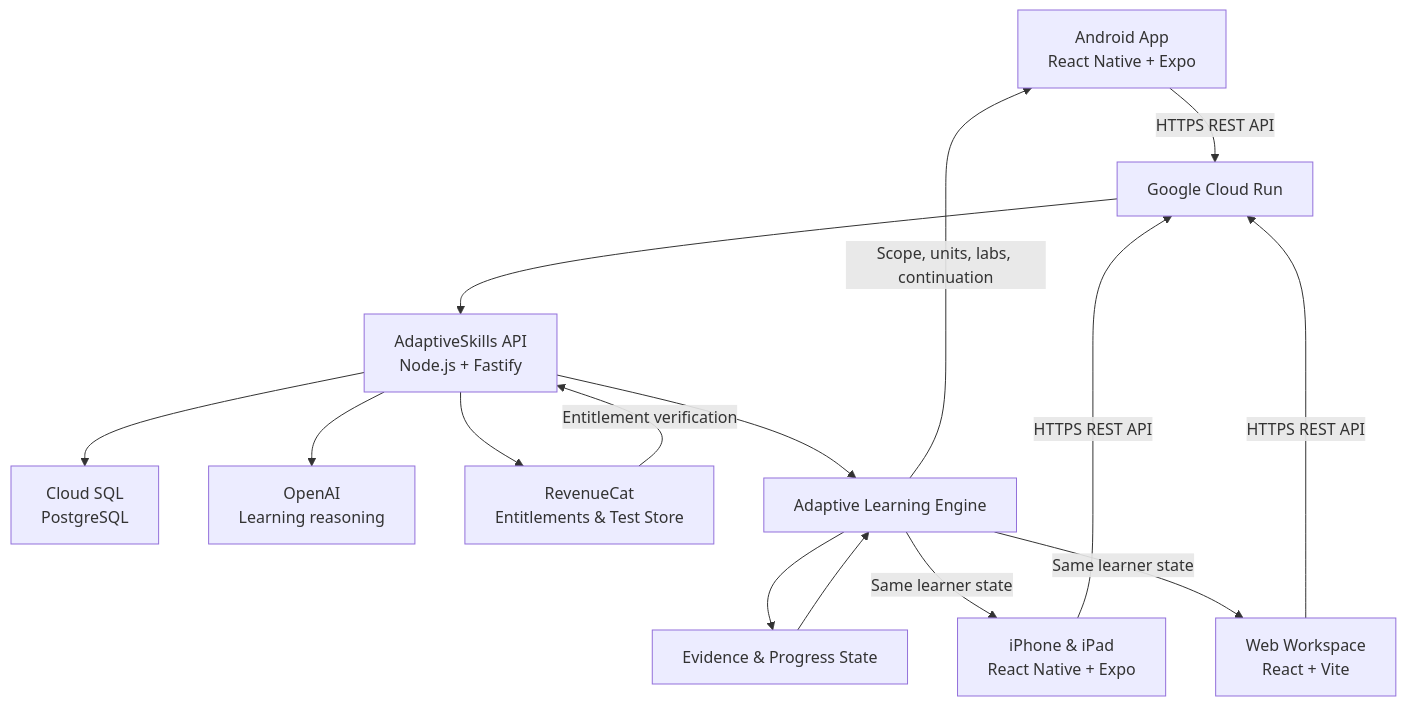
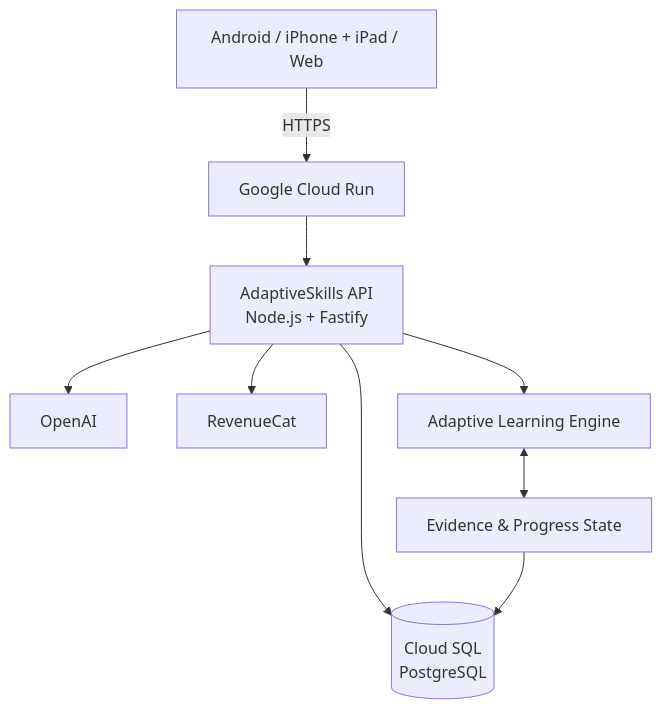
Before and after one commit to khushira2244/AdaptiveSkills: the diagram in README.md, drawn with Mermaid. The commit also changed other lines of this file and 29 other files, not shown here.

Commit message:
Finalize trial completion and continuation flow

````diff
--- a/README.md
+++ b/README.md
@@ -143,28 +62,19 @@
 ```mermaid
-flowchart TD
-    A[Android App<br/>React Native + Expo]
-    I[iPhone & iPad<br/>React Native + Expo]
-    W[Web Workspace<br/>React + Vite]
-    C[Google Cloud Run]
-    B[AdaptiveSkills API<br/>Node.js + Fastify]
-    D[Cloud SQL<br/>PostgreSQL]
-    E[OpenAI<br/>Learning reasoning]
-    F[RevenueCat<br/>Entitlements & Test Store]
-    G[Adaptive Learning Engine]
-    H[Evidence & Progress State]
+flowchart TB
+  Clients[Android / iPhone + iPad / Web]
+  Run[Google Cloud Run]
+  API[AdaptiveSkills API<br/>Node.js + Fastify]
+  SQL[(Cloud SQL<br/>PostgreSQL)]
+  AI[OpenAI]
+  RC[RevenueCat]
+  Engine[Adaptive Learning Engine]
+  State[Evidence & Progress State]
 
-    A -->|HTTPS REST API| C
-    I -->|HTTPS REST API| C
-    W -->|HTTPS REST API| C
-    C --> B
-    B --> D
-    B --> E
-    B --> F
-    B --> G
-    G --> H
-    H --> G
-    G -->|Scope, units, labs, continuation| A
-    G -->|Same learner state| I
-    G -->|Same learner state| W
-    F -->|Entitlement verification| B
+  Clients -->|HTTPS| Run --> API
+  API --> SQL
+  API --> AI
+  API --> RC
+  API --> Engine
+  Engine <--> State
+  State --> SQL
 ```
````
